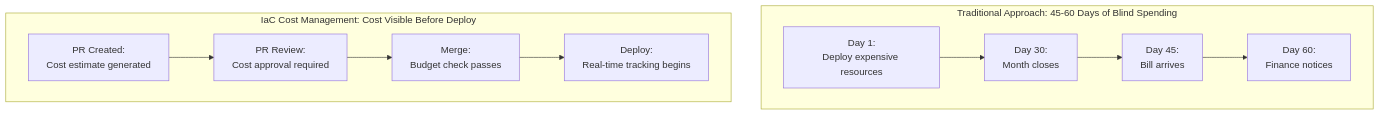
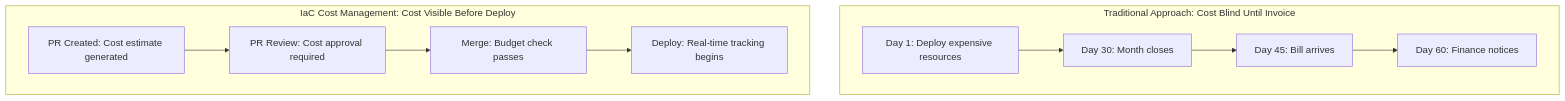
One commit to kube-dojo/kube-dojo changed the diagram in src/content/docs/platform/disciplines/delivery-automation/iac/module-6.6-iac-cost-management.md. Above: the diagram before and after it, drawn with Mermaid. The commit also changed other lines of this file, not shown here.

First line of the commit message:
content(platform): expand IaC Cost Management module to T0 (#1953)

````diff
--- a/src/content/docs/platform/disciplines/delivery-automation/iac/module-6.6-iac-cost-management.md
+++ b/src/content/docs/platform/disciplines/delivery-automation/iac/module-6.6-iac-cost-management.md
@@ -48,16 +48,16 @@
 ```mermaid
 flowchart TD
-    subgraph Traditional["Traditional Approach: 45-60 Days of Blind Spending"]
+    subgraph Traditional["Traditional Approach: Cost Blind Until Invoice"]
         direction LR
-        T1["Day 1:<br>Deploy expensive resources"] --> T2["Day 30:<br>Month closes"]
-        T2 --> T3["Day 45:<br>Bill arrives"]
-        T3 --> T4["Day 60:<br>Finance notices"]
+        T1["Day 1: Deploy expensive resources"] --> T2["Day 30: Month closes"]
+        T2 --> T3["Day 45: Bill arrives"]
+        T3 --> T4["Day 60: Finance notices"]
     end
 
     subgraph Modern["IaC Cost Management: Cost Visible Before Deploy"]
         direction LR
-        M1["PR Created:<br>Cost estimate generated"] --> M2["PR Review:<br>Cost approval required"]
-        M2 --> M3["Merge:<br>Budget check passes"]
-        M3 --> M4["Deploy:<br>Real-time tracking begins"]
+        M1["PR Created: Cost estimate generated"] --> M2["PR Review: Cost approval required"]
+        M2 --> M3["Merge: Budget check passes"]
+        M3 --> M4["Deploy: Real-time tracking begins"]
     end
 ```
````
